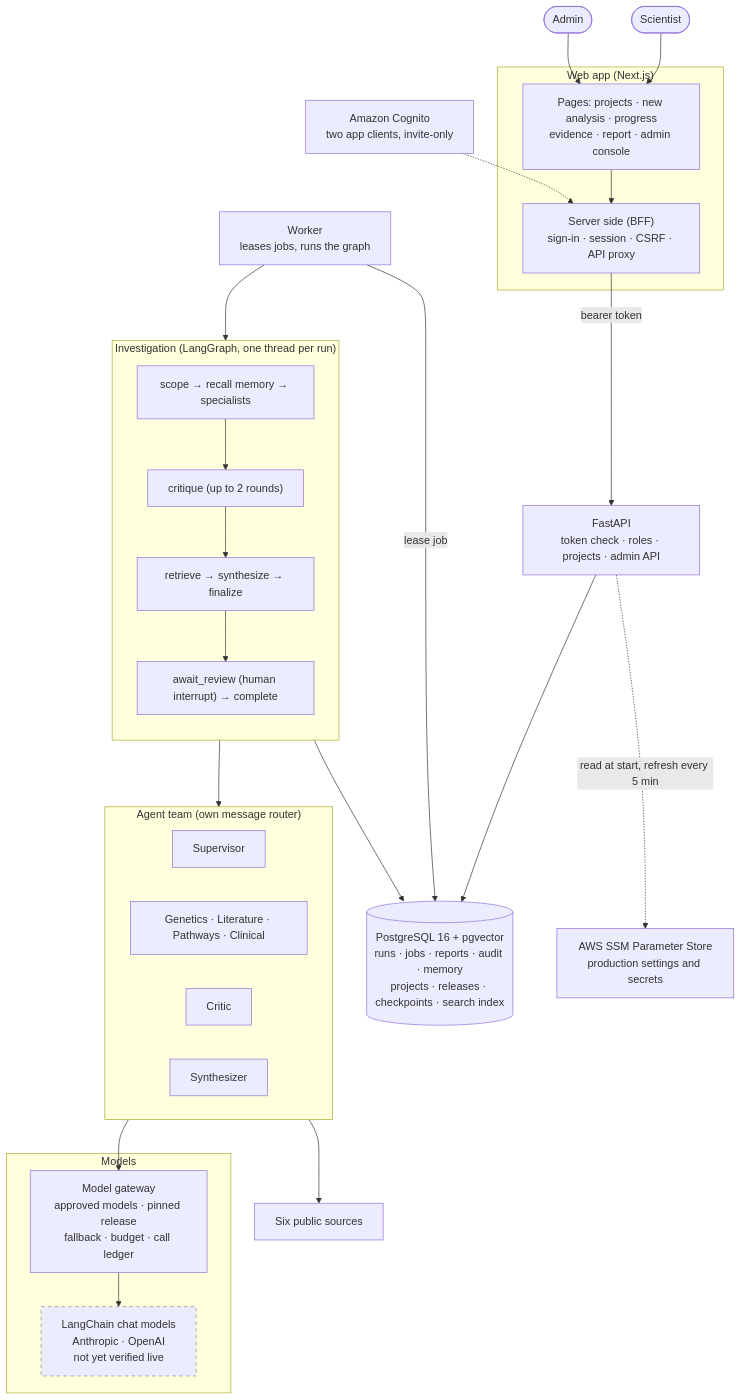
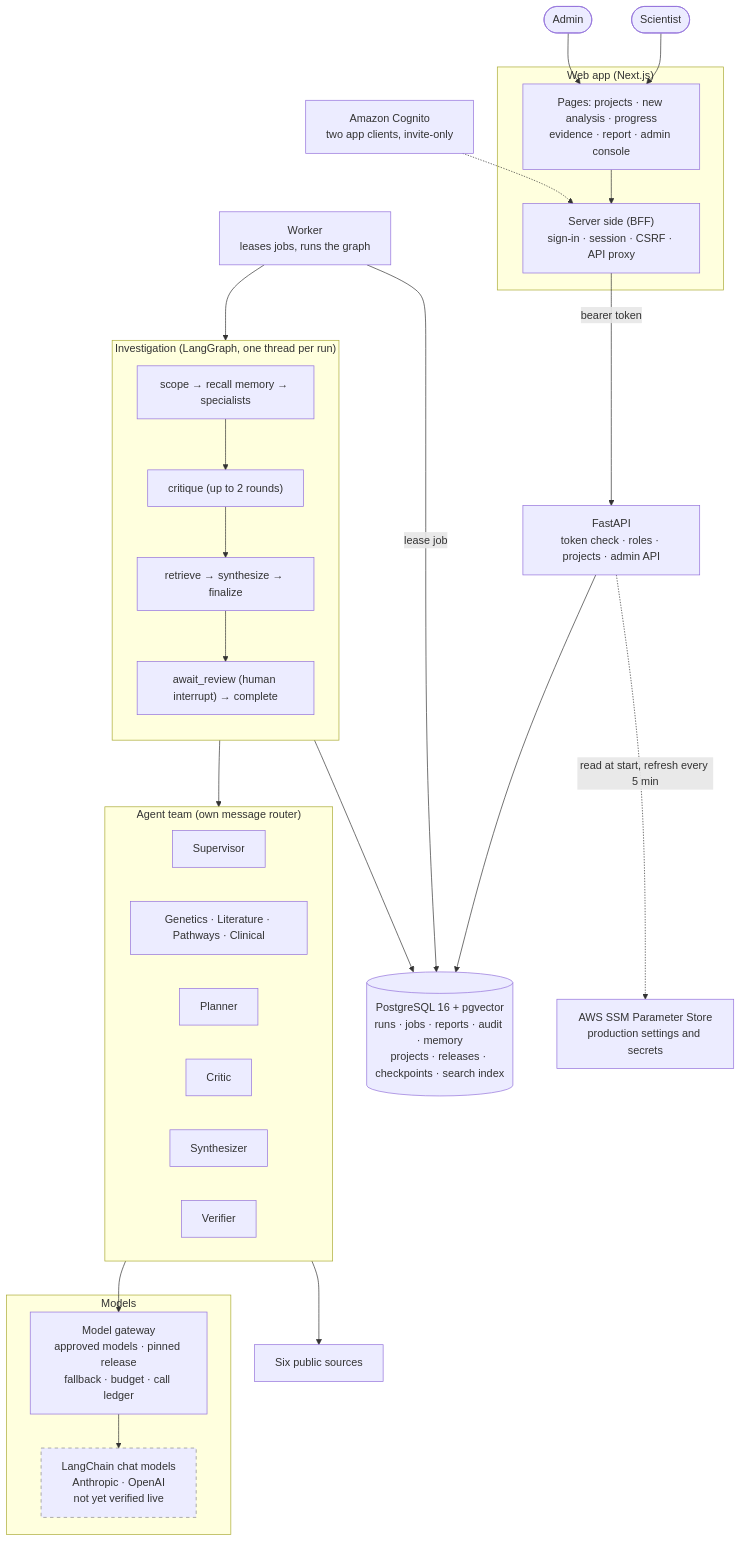
One commit to Tevaalgorithms/BioNexus-AI changed the first of 3 diagrams in README.md. Above: the diagram before and after it, drawn with Mermaid. The commit also changed other lines of this file and 16 other files, not shown here.

````diff
--- a/README.md
+++ b/README.md
@@ -40,52 +40,54 @@
 ```mermaid
 graph TB
     SCI(["Scientist"])
     ADM(["Admin"])
 
     subgraph CLIENTS["Web app (Next.js)"]
         WEB["Pages: projects · new analysis · progress<br/>evidence · report · admin console"]
         BFF["Server side (BFF)<br/>sign-in · session · CSRF · API proxy"]
     end
 
     COG["Amazon Cognito<br/>two app clients, invite-only"]
     API["FastAPI<br/>token check · roles · projects · admin API"]
     WORKER["Worker<br/>leases jobs, runs the graph"]
 
     subgraph FLOW["Investigation (LangGraph, one thread per run)"]
         direction TB
         G1["scope → recall memory → specialists"] --> G2["critique (up to 2 rounds)"] --> G3["retrieve → synthesize → finalize"] --> G4["await_review (human interrupt) → complete"]
     end
 
     subgraph AGENTS["Agent team (own message router)"]
         SUP["Supervisor"]
         SPEC["Genetics · Literature · Pathways · Clinical"]
+        PLAN["Planner"]
         CRIT["Critic"]
         SYN["Synthesizer"]
+        VER["Verifier"]
     end
 
     SQL[("PostgreSQL 16 + pgvector<br/>runs · jobs · reports · audit · memory<br/>projects · releases · checkpoints · search index")]
 
     subgraph MODELS["Models"]
         GW["Model gateway<br/>approved models · pinned release<br/>fallback · budget · call ledger"]
         LC["LangChain chat models<br/>Anthropic · OpenAI<br/>not yet verified live"]:::planned
     end
 
     SRC["Six public sources"]
     SSM["AWS SSM Parameter Store<br/>production settings and secrets"]
 
     SCI --> WEB
     ADM --> WEB
     WEB --> BFF
     BFF -- "bearer token" --> API
     COG -.-> BFF
     API --> SQL
     WORKER -- "lease job" --> SQL
     WORKER --> FLOW
     FLOW --> AGENTS
     AGENTS --> SRC
     AGENTS --> GW
     GW --> LC
     FLOW --> SQL
     API -. "read at start, refresh every 5 min" .-> SSM
     classDef planned stroke-dasharray: 5 5,stroke:#888
 ```
````
